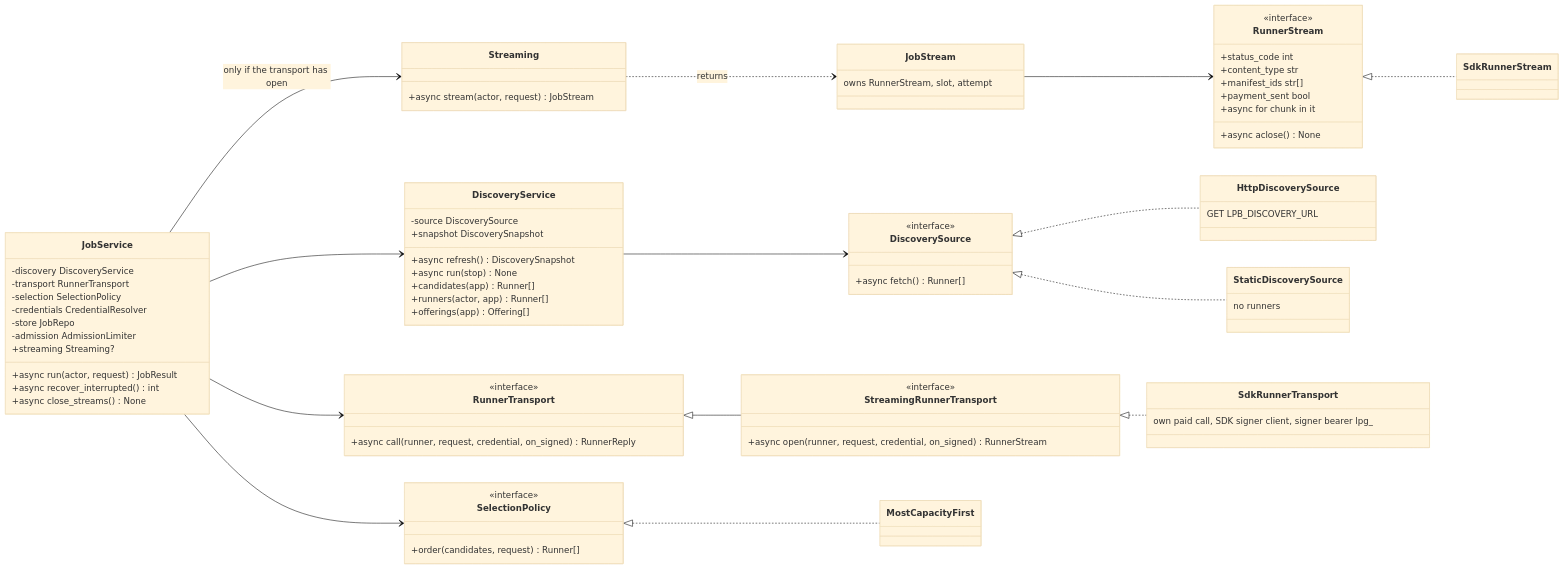
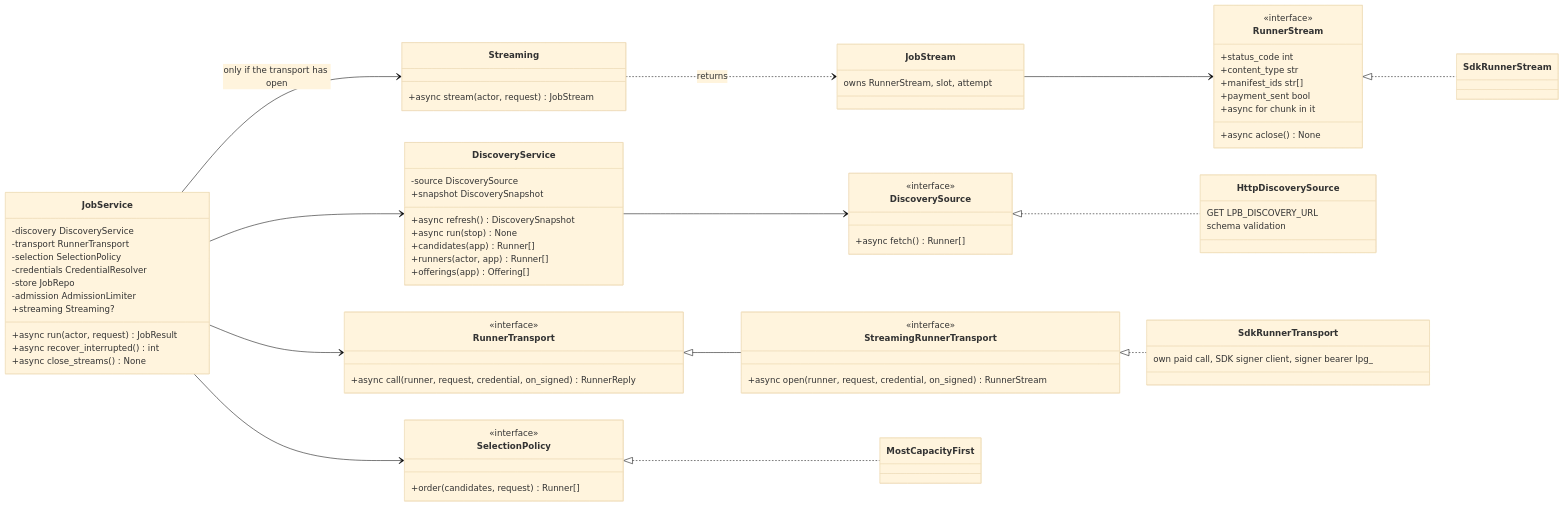
One commit to NE-Build-Track/livepeer-builder-core changed the fourth of 16 diagrams in docs/design-docs/interfaces-and-http-servers.md. Above: the diagram before and after it, drawn with Mermaid (base theme). The commit also changed other lines of this file and 68 other files, not shown here.

````diff
--- a/docs/design-docs/interfaces-and-http-servers.md
+++ b/docs/design-docs/interfaces-and-http-servers.md
@@ -257,80 +254,77 @@
 ```mermaid
 classDiagram
     direction LR
     class DiscoverySource {
         <<interface>>
         +async fetch() Runner[]
     }
     class SelectionPolicy {
         <<interface>>
         +order(candidates, request) Runner[]
     }
     class RunnerTransport {
         <<interface>>
         +async call(runner, request, credential, on_signed) RunnerReply
     }
     class StreamingRunnerTransport {
         <<interface>>
         +async open(runner, request, credential, on_signed) RunnerStream
     }
     class RunnerStream {
         <<interface>>
         +status_code int
         +content_type str
         +manifest_ids str[]
         +payment_sent bool
         +async for chunk in it
         +async aclose() None
     }
     class DiscoveryService {
         -source DiscoverySource
         +snapshot DiscoverySnapshot
         +async refresh() DiscoverySnapshot
         +async run(stop) None
         +candidates(app) Runner[]
         +runners(actor, app) Runner[]
         +offerings(app) Offering[]
     }
     class JobService {
         -discovery DiscoveryService
         -transport RunnerTransport
         -selection SelectionPolicy
         -credentials CredentialResolver
         -store JobRepo
         -admission AdmissionLimiter
         +streaming Streaming?
         +async run(actor, request) JobResult
         +async recover_interrupted() int
         +async close_streams() None
     }
     class Streaming {
         +async stream(actor, request) JobStream
     }
     class JobStream {
         owns RunnerStream, slot, attempt
     }
     class HttpDiscoverySource {
         GET LPB_DISCOVERY_URL
-    }
-    class StaticDiscoverySource {
-        no runners
+        schema validation
     }
     class MostCapacityFirst
     class SdkRunnerTransport {
         own paid call, SDK signer client, signer bearer lpg_
     }
     class SdkRunnerStream
     RunnerTransport <|-- StreamingRunnerTransport
     DiscoverySource <|.. HttpDiscoverySource
-    DiscoverySource <|.. StaticDiscoverySource
     SelectionPolicy <|.. MostCapacityFirst
     StreamingRunnerTransport <|.. SdkRunnerTransport
     RunnerStream <|.. SdkRunnerStream
     DiscoveryService --> DiscoverySource
     JobService --> DiscoveryService
     JobService --> SelectionPolicy
     JobService --> RunnerTransport
     JobService --> Streaming : only if the transport has open
     Streaming ..> JobStream : returns
     JobStream --> RunnerStream
 ```
````
